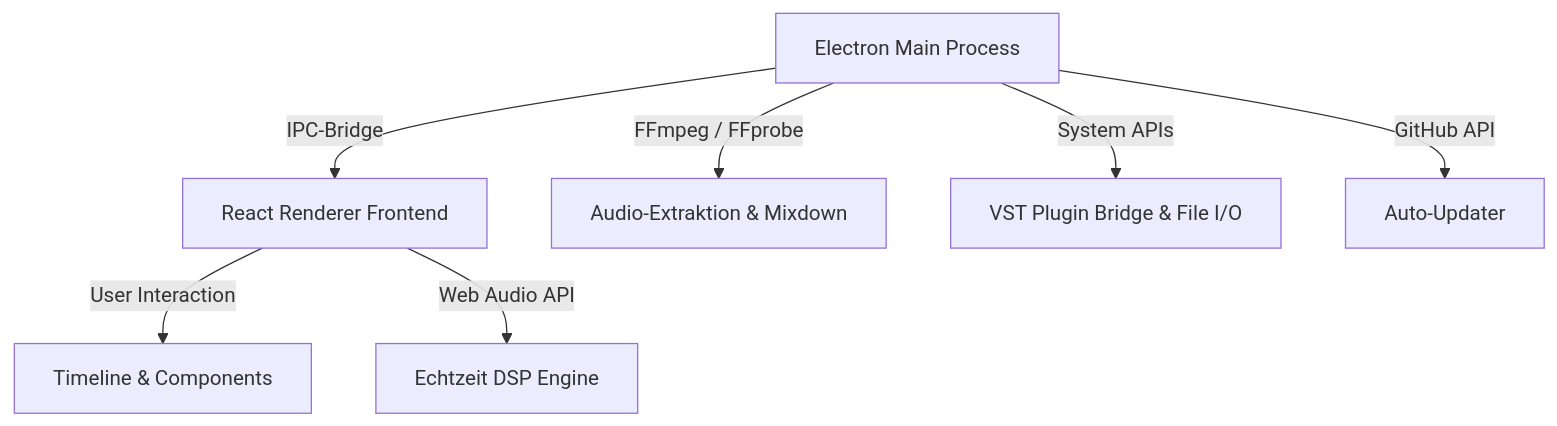
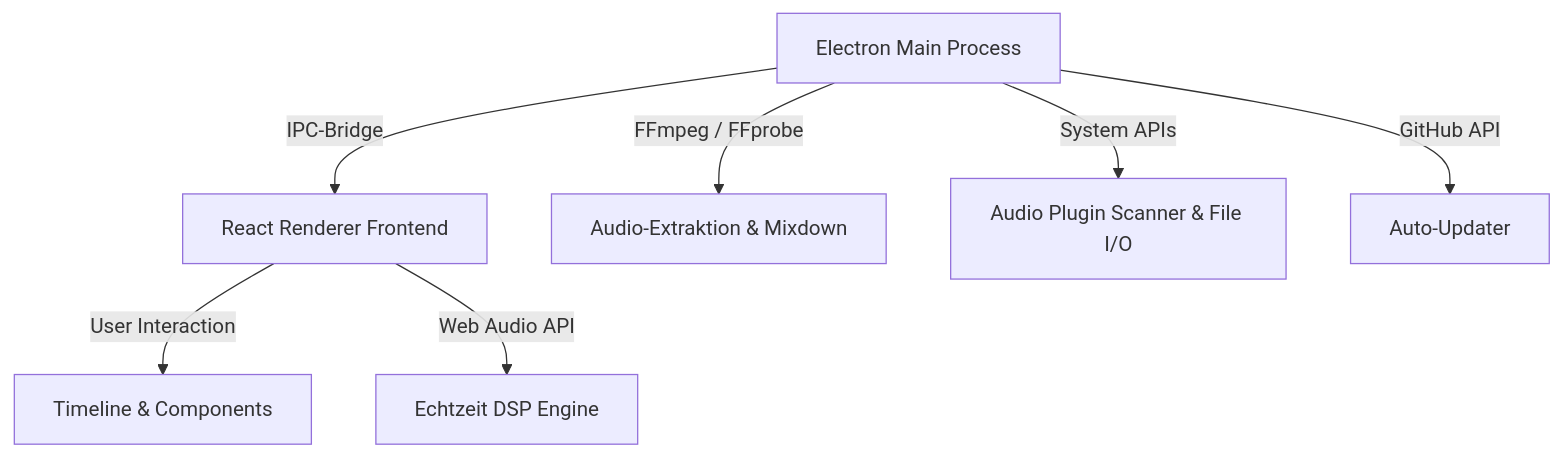
The diagram in README.md (OmegaProjct/Omega-Wave-Editor), drawn with Mermaid before and after one commit. The commit also changed other lines of this file, not shown here.

Commit message:
docs: update README.md VST descriptions to honest cross-platform plugin scanner

````diff
--- a/README.md
+++ b/README.md
@@ -80,9 +80,9 @@
 ```mermaid
 graph TD
     A[Electron Main Process] -->|IPC-Bridge| B[React Renderer Frontend]
     B -->|User Interaction| C[Timeline & Components]
     B -->|Web Audio API| D[Echtzeit DSP Engine]
     A -->|FFmpeg / FFprobe| E[Audio-Extraktion & Mixdown]
-    A -->|System APIs| F[VST Plugin Bridge & File I/O]
+    A -->|System APIs| F[Audio Plugin Scanner & File I/O]
     A -->|GitHub API| G[Auto-Updater]
 ```
````
